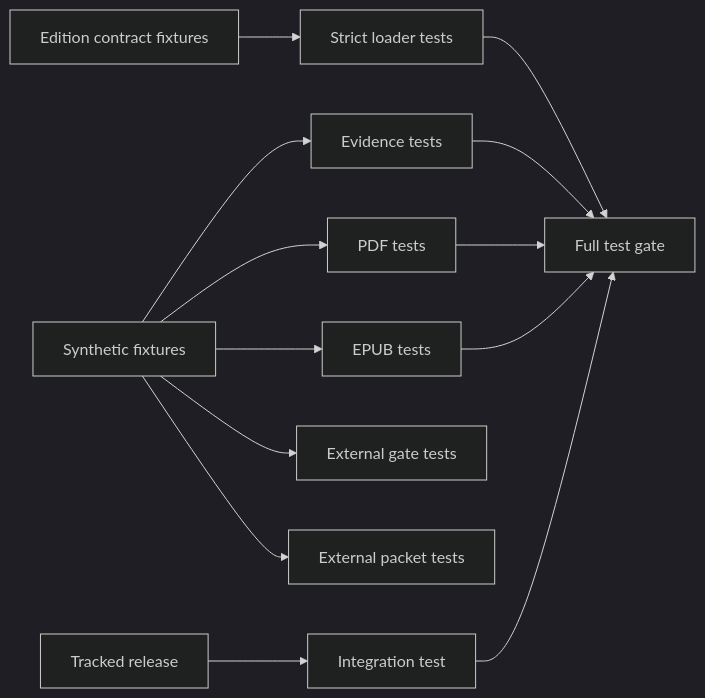
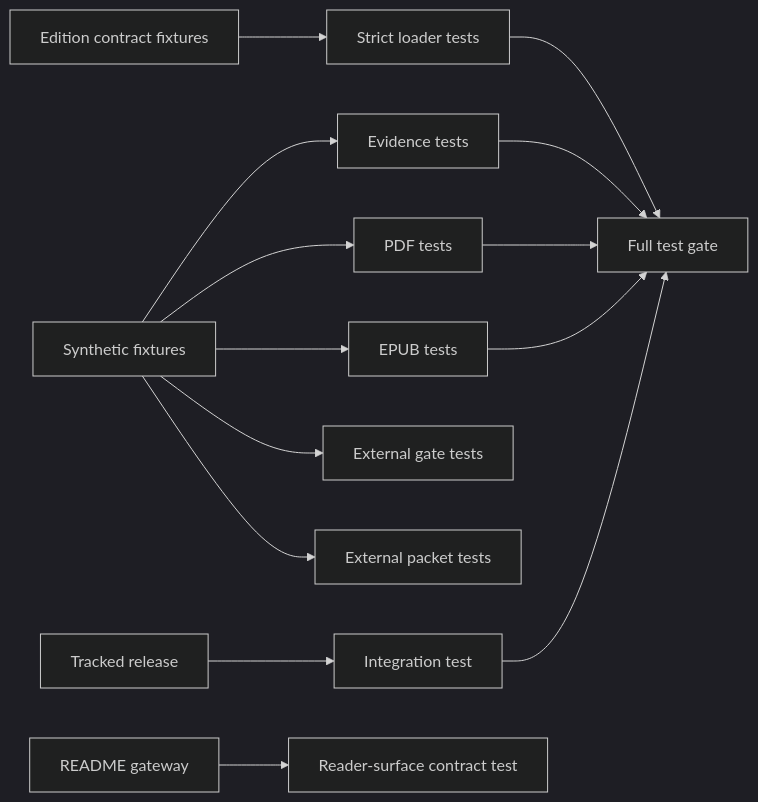
Before and after one commit to streamentry/streamentry: the first of 5 diagrams in tests/AGENTS.md, drawn with Mermaid (dark theme). The commit also changed other lines of this file and 7 other files, not shown here.

Commit message:
make the book gateway reader first

````diff
--- a/tests/AGENTS.md
+++ b/tests/AGENTS.md
@@ -31,15 +32,16 @@
 ```mermaid
 flowchart LR
   C["Edition contract fixtures"] --> D["Strict loader tests"]
   F["Synthetic fixtures"] --> E["Evidence tests"]
   F --> P["PDF tests"]
   F --> U["EPUB tests"]
   F --> X["External gate tests"]
   F --> K["External packet tests"]
   R["Tracked release"] --> I["Integration test"]
+  W["README gateway"] --> J["Reader-surface contract test"]
   E --> G["Full test gate"]
   D --> G
   P --> G
   U --> G
   I --> G
 ```
````
